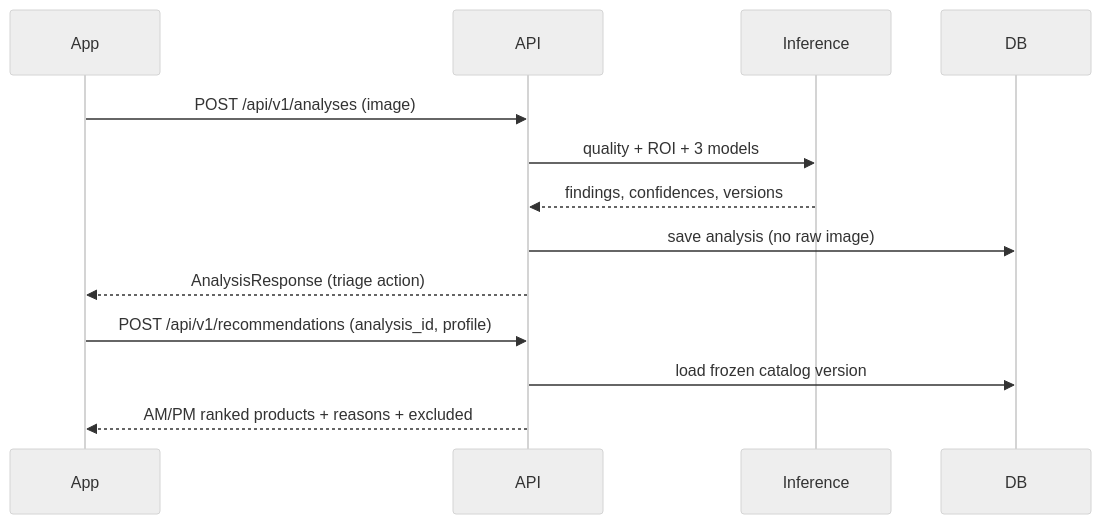
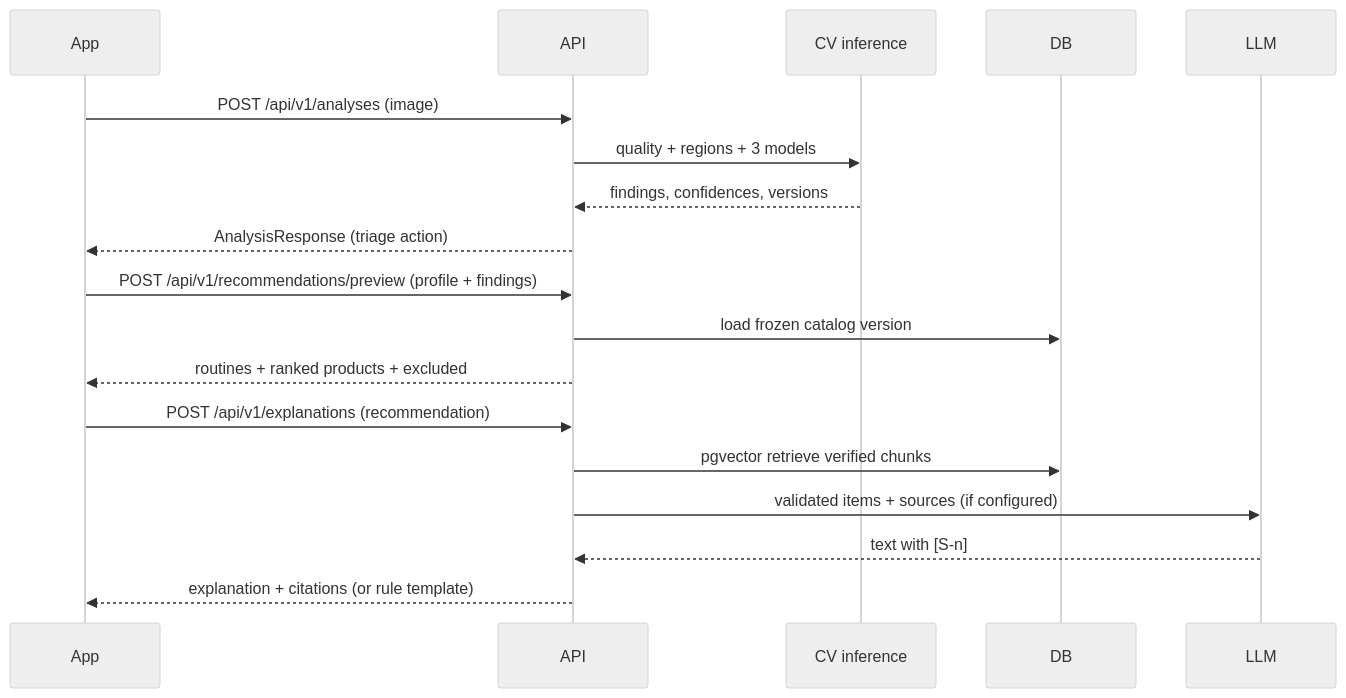
The fourth of 4 diagrams in docs/ARCHITECTURE.md (zhrespar/dermacare), drawn with Mermaid (neutral theme) before and after one commit. The commit also changed other lines of this file and 57 other files, not shown here.

First line of the commit message:
Apply AI architecture: CV triage, rule-based routines, RAG, LLM providers

````diff
--- a/docs/ARCHITECTURE.md
+++ b/docs/ARCHITECTURE.md
@@ -74,15 +116,20 @@
 ```mermaid
 sequenceDiagram
   participant App
   participant API
-  participant Inf as Inference
+  participant Inf as CV inference
   participant DB
+  participant LLM
   App->>API: POST /api/v1/analyses (image)
-  API->>Inf: quality + ROI + 3 models
+  API->>Inf: quality + regions + 3 models
   Inf-->>API: findings, confidences, versions
-  API->>DB: save analysis (no raw image)
   API-->>App: AnalysisResponse (triage action)
-  App->>API: POST /api/v1/recommendations (analysis_id, profile)
+  App->>API: POST /api/v1/recommendations/preview (profile + findings)
   API->>DB: load frozen catalog version
-  API-->>App: AM/PM ranked products + reasons + excluded
+  API-->>App: routines + ranked products + excluded
+  App->>API: POST /api/v1/explanations (recommendation)
+  API->>DB: pgvector retrieve verified chunks
+  API->>LLM: validated items + sources (if configured)
+  LLM-->>API: text with [S-n]
+  API-->>App: explanation + citations (or rule template)
 ```
````
